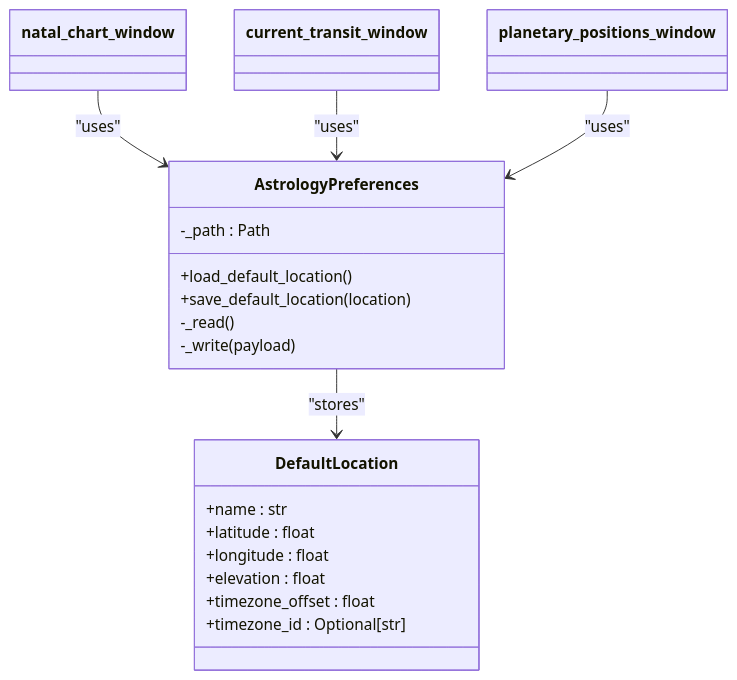
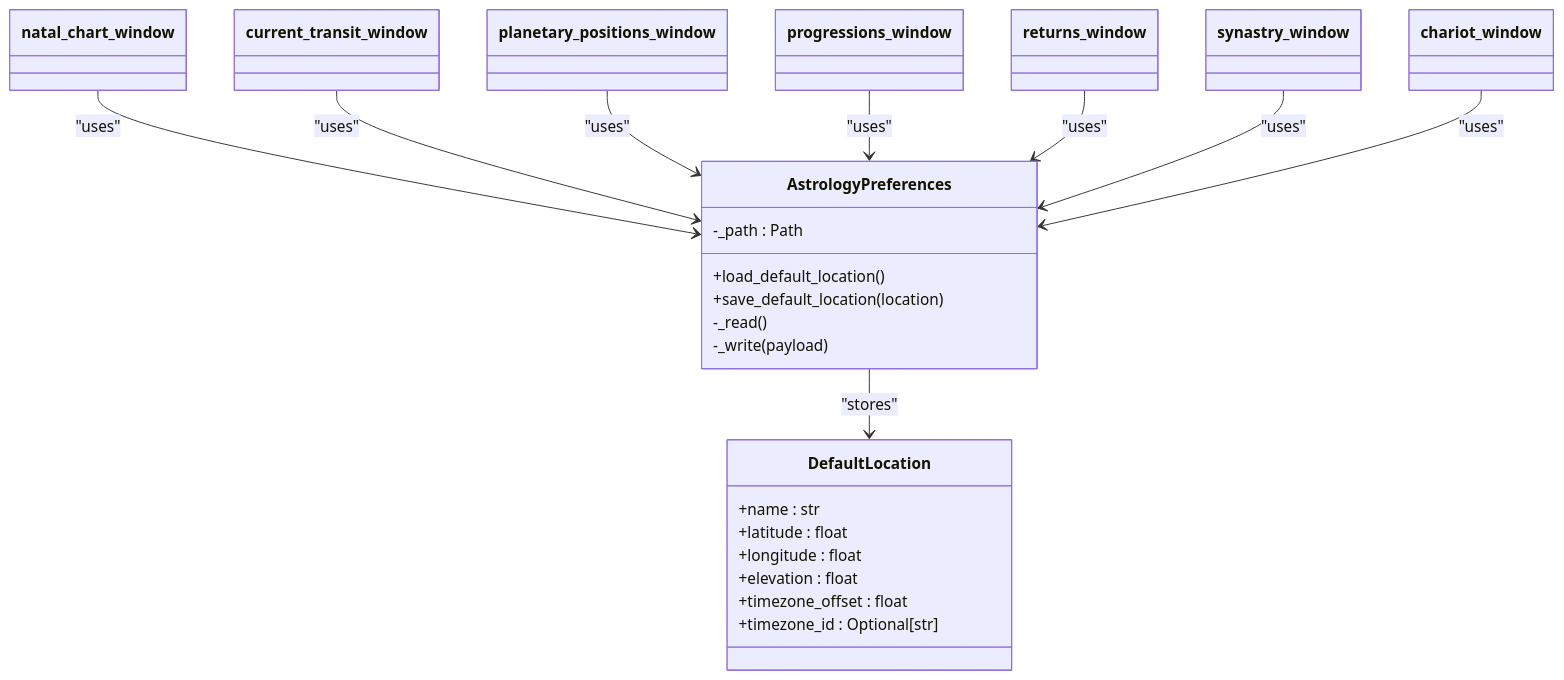
Diagram 17 of 18 in .qoder/repowiki/en/content/Architecture Overview/Pillar-Based Architecture/Astrology Pillar/Astrology Pillar.md (TheDaniel166/IsopGem), drawn with Mermaid before and after one commit. The commit also changed other lines of this file and 29 other files, not shown here.

````diff
--- a/.qoder/repowiki/en/content/Architecture Overview/Pillar-Based Architecture/Astrology Pillar/Astrology Pillar.md
+++ b/.qoder/repowiki/en/content/Architecture Overview/Pillar-Based Architecture/Astrology Pillar/Astrology Pillar.md
@@ -404,22 +730,26 @@
 ```mermaid
 classDiagram
 class AstrologyPreferences {
 -_path : Path
 +load_default_location()
 +save_default_location(location)
 -_read()
 -_write(payload)
 }
 class DefaultLocation {
 +name : str
 +latitude : float
 +longitude : float
 +elevation : float
 +timezone_offset : float
 +timezone_id : Optional[str]
 }
 AstrologyPreferences --> DefaultLocation : "stores"
 natal_chart_window --> AstrologyPreferences : "uses"
 current_transit_window --> AstrologyPreferences : "uses"
 planetary_positions_window --> AstrologyPreferences : "uses"
+progressions_window --> AstrologyPreferences : "uses"
+returns_window --> AstrologyPreferences : "uses"
+synastry_window --> AstrologyPreferences : "uses"
+chariot_window --> AstrologyPreferences : "uses"
 ```
````
